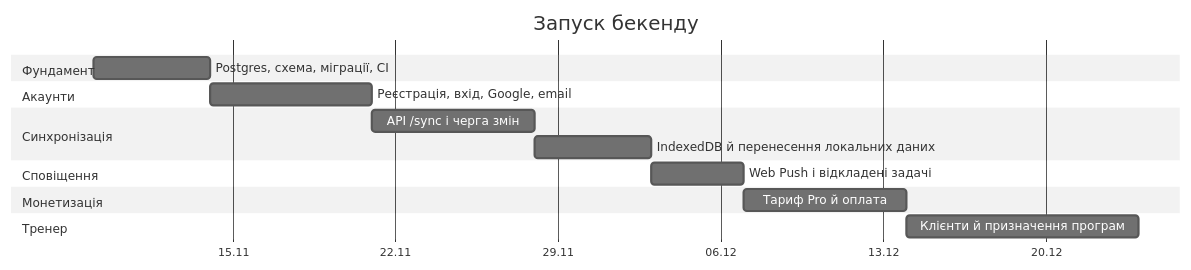
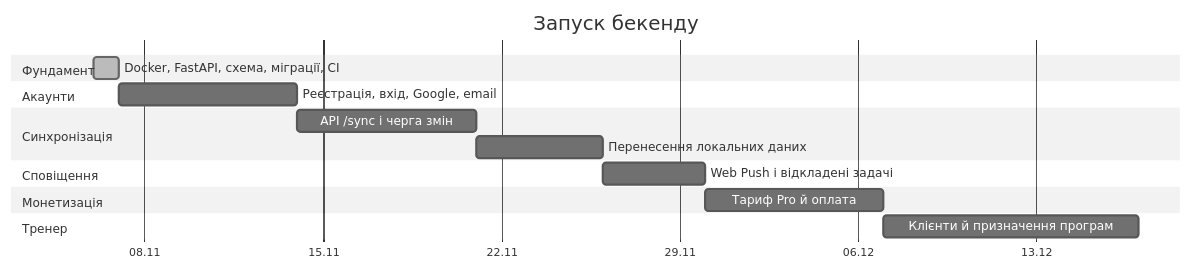
The eighth of 8 diagrams in docs/backend.md (tsukanovSerhii/FitPulse), drawn with Mermaid (neutral theme) before and after one commit. The commit also changed other lines of this file and 4 other files, not shown here.

First line of the commit message:
docs: describe the FastAPI backend, Docker setup and updated data model

````diff
--- a/docs/backend.md
+++ b/docs/backend.md
@@ -245,19 +297,19 @@
 ```mermaid
 gantt
   title Запуск бекенду
   dateFormat YYYY-MM-DD
   axisFormat %d.%m
   section Фундамент
-  Postgres, схема, міграції, CI          :b1, 2026-11-09, 5d
+  Docker, FastAPI, схема, міграції, CI   :done, b1, 2026-11-06, 1d
   section Акаунти
   Реєстрація, вхід, Google, email         :b2, after b1, 7d
   section Синхронізація
   API /sync і черга змін                  :b3, after b2, 7d
-  IndexedDB й перенесення локальних даних :b4, after b3, 5d
+  Перенесення локальних даних             :b4, after b3, 5d
   section Сповіщення
   Web Push і відкладені задачі            :b5, after b4, 4d
   section Монетизація
   Тариф Pro й оплата                      :b6, after b5, 7d
   section Тренер
   Клієнти й призначення програм           :b7, after b6, 10d
 ```
````
